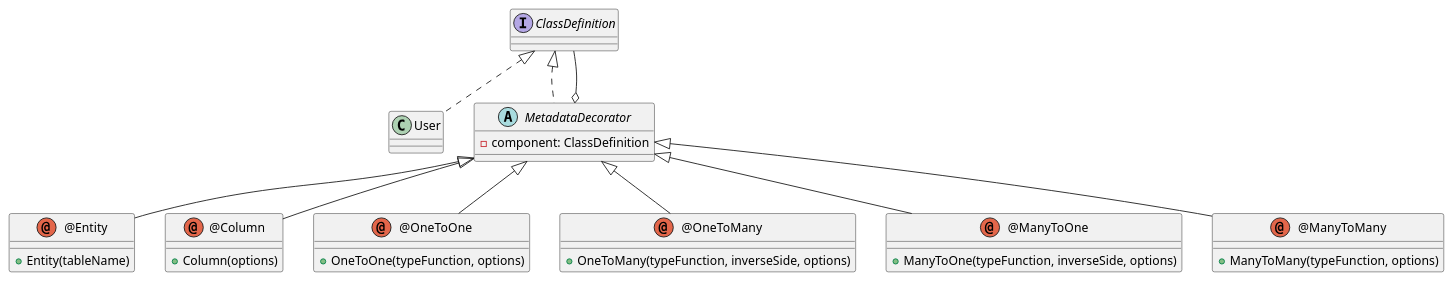
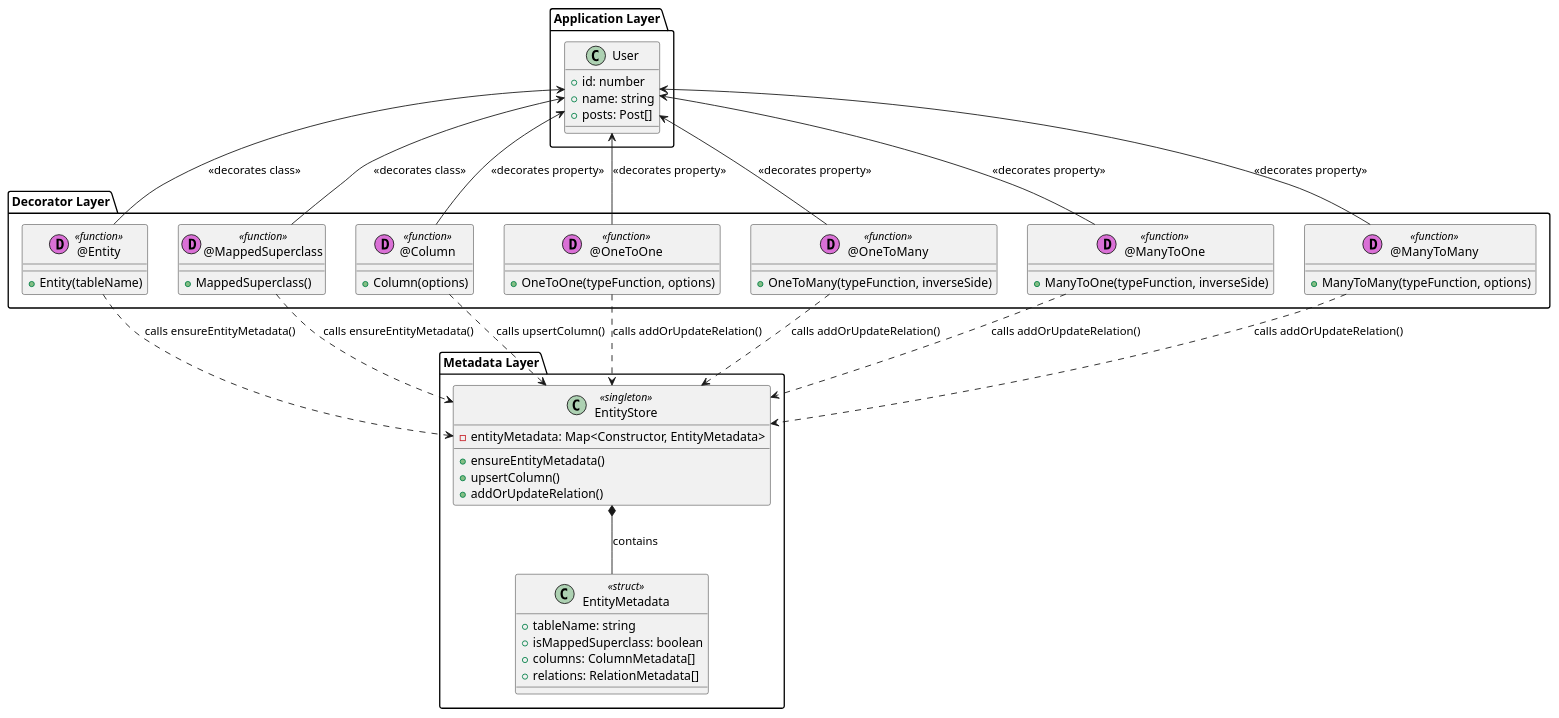
Before and after one commit to mKepka16/agh-design-patterns: the diagram in docs/diagrams/pattern-decorator.puml, drawn with PlantUML. The commit also changed 7 other files, not shown here.

Commit message:
diagrams updated to include EntityManager and Repository

```diff
--- a/docs/diagrams/pattern-decorator.puml
+++ b/docs/diagrams/pattern-decorator.puml
@@ -1,45 +1,68 @@
 @startuml
-interface "ClassDefinition" as Component {
+package "Application Layer" {
+    class User {
+        + id: number
+        + name: string
+        + posts: Post[]
+    }
 }
 
-class "User" as ConcreteComponent {
+package "Decorator Layer" {
+    class "@Entity" as Entity << (D,orchid) function >> {
+        + Entity(tableName)
+    }
+    class "@MappedSuperclass" as MappedSuperclass << (D,orchid) function >> {
+        + MappedSuperclass()
+    }
+    class "@Column" as Column << (D,orchid) function >> {
+        + Column(options)
+    }
+    class "@OneToOne" as OneToOne << (D,orchid) function >> {
+        + OneToOne(typeFunction, options)
+    }
+    class "@OneToMany" as OneToMany << (D,orchid) function >> {
+        + OneToMany(typeFunction, inverseSide)
+    }
+    class "@ManyToOne" as ManyToOne << (D,orchid) function >> {
+        + ManyToOne(typeFunction, inverseSide)
+    }
+    class "@ManyToMany" as ManyToMany << (D,orchid) function >> {
+        + ManyToMany(typeFunction, options)
+    }
 }
 
-abstract class "MetadataDecorator" as Decorator {
-    - component: ClassDefinition
+package "Metadata Layer" {
+    class "EntityStore" as Store <<singleton>> {
+        - entityMetadata: Map<Constructor, EntityMetadata> 
+        + ensureEntityMetadata()
+        + upsertColumn()
+        + addOrUpdateRelation()
+    }
+
+    class EntityMetadata <<struct>> {
+        + tableName: string
+        + isMappedSuperclass: boolean
+        + columns: ColumnMetadata[]
+        + relations: RelationMetadata[]
+    }
 }
 
-annotation "@Entity" as EntityDecorator {
-    + Entity(tableName)
-}
+' Relationships
+User <-- Entity : <<decorates class>>
+User <-- MappedSuperclass : <<decorates class>>
+User <-- Column : <<decorates property>>
+User <-- OneToOne : <<decorates property>>
+User <-- OneToMany : <<decorates property>>
+User <-- ManyToOne : <<decorates property>>
+User <-- ManyToMany : <<decorates property>>
 
-annotation "@Column" as ColumnDecorator {
-    + Column(options)
-}
+Entity ..> Store : calls ensureEntityMetadata()
+MappedSuperclass ..> Store : calls ensureEntityMetadata()
+Column ..> Store : calls upsertColumn()
+OneToOne ..> Store : calls addOrUpdateRelation()
+OneToMany ..> Store : calls addOrUpdateRelation()
+ManyToOne ..> Store : calls addOrUpdateRelation()
+ManyToMany ..> Store : calls addOrUpdateRelation()
 
-annotation "@OneToOne" as OneToOneDecorator {
-    + OneToOne(typeFunction, options)
-}
-
-annotation "@OneToMany" as OneToManyDecorator {
-    + OneToMany(typeFunction, inverseSide, options)
-}
-
-annotation "@ManyToOne" as ManyToOneDecorator {
-    + ManyToOne(typeFunction, inverseSide, options)
-}
-
-annotation "@ManyToMany" as ManyToManyDecorator {
-    + ManyToMany(typeFunction, options)
-}
-
-Component <|.. ConcreteComponent
-Component <|.. Decorator
-Decorator o-- Component
-Decorator <|-- EntityDecorator
-Decorator <|-- ColumnDecorator
-Decorator <|-- OneToOneDecorator
-Decorator <|-- OneToManyDecorator
-Decorator <|-- ManyToOneDecorator
-Decorator <|-- ManyToManyDecorator
+Store *-- EntityMetadata : contains
 @enduml
```
